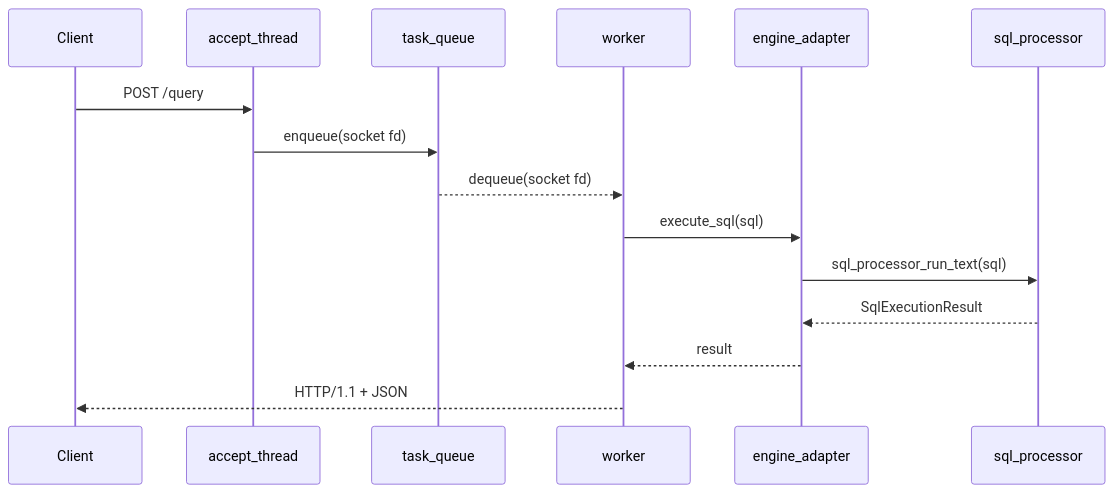
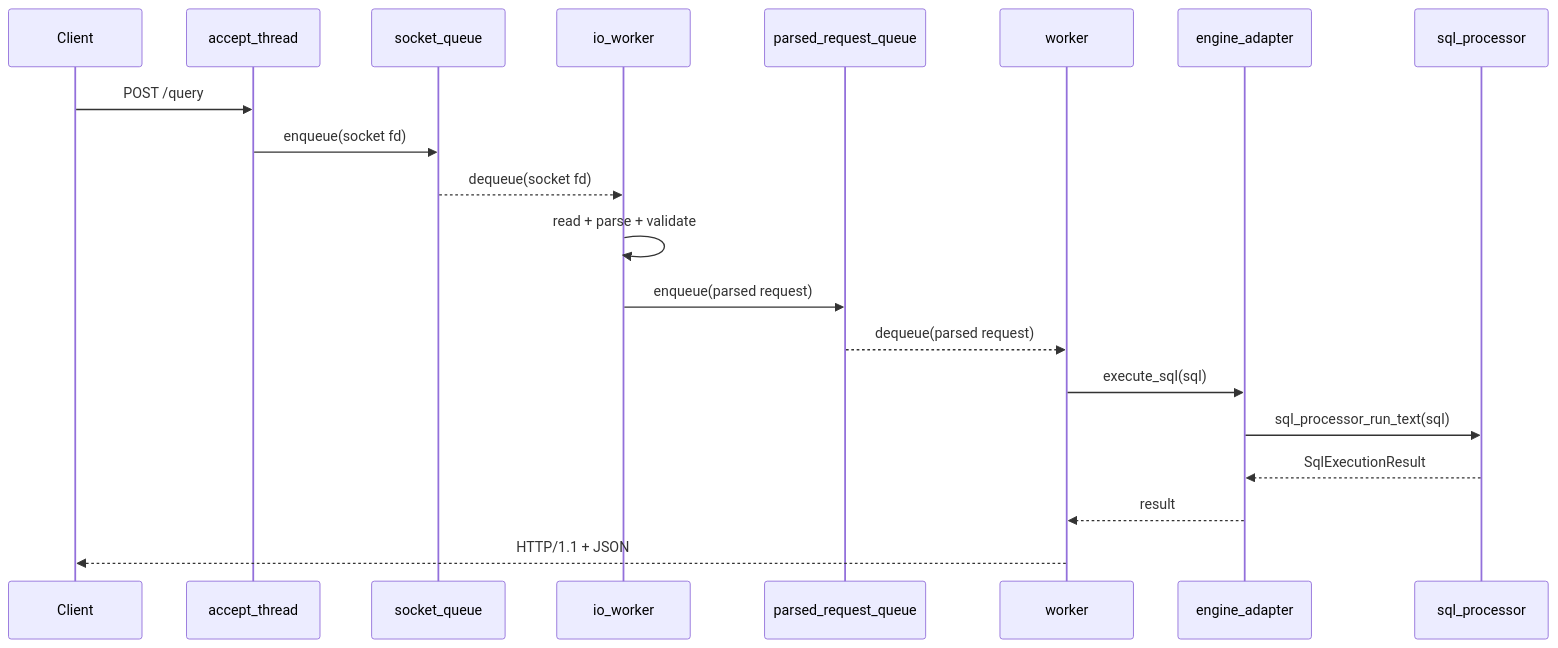
The fourth of 4 diagrams in docs/02-architecture.md (tail1887/sql_parsor), drawn with Mermaid before and after one commit. The commit also changed other lines of this file and 11 other files, not shown here.

````diff
--- a/docs/02-architecture.md
+++ b/docs/02-architecture.md
@@ -188,18 +194,23 @@
 ```mermaid
 sequenceDiagram
     participant C as Client
     participant A as accept_thread
-    participant Q as task_queue
+    participant SQ as socket_queue
+    participant I as io_worker
+    participant RQ as parsed_request_queue
     participant W as worker
     participant D as engine_adapter
     participant E as sql_processor
 
     C->>A: POST /query
-    A->>Q: enqueue(socket fd)
-    Q-->>W: dequeue(socket fd)
+    A->>SQ: enqueue(socket fd)
+    SQ-->>I: dequeue(socket fd)
+    I->>I: read + parse + validate
+    I->>RQ: enqueue(parsed request)
+    RQ-->>W: dequeue(parsed request)
     W->>D: execute_sql(sql)
     D->>E: sql_processor_run_text(sql)
     E-->>D: SqlExecutionResult
     D-->>W: result
     W-->>C: HTTP/1.1 + JSON
 ```
````
